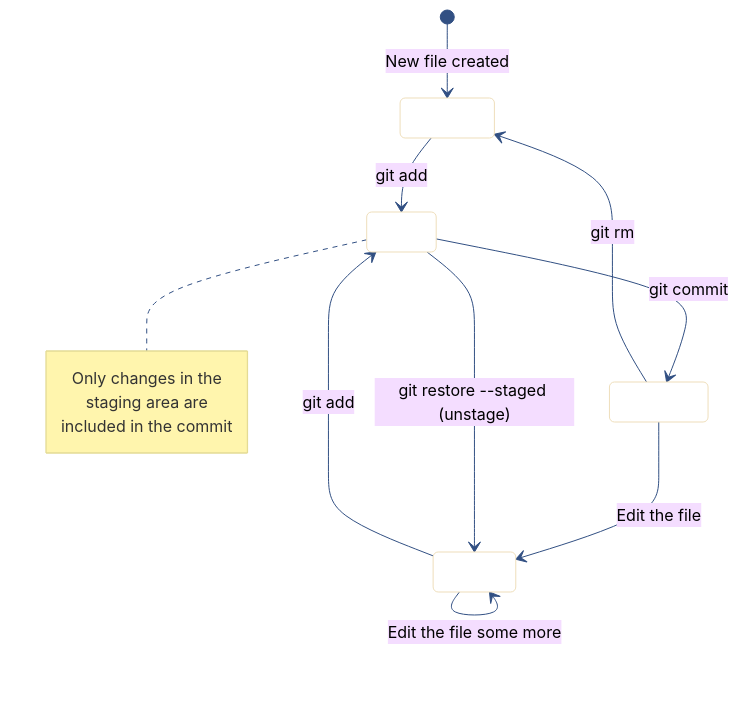
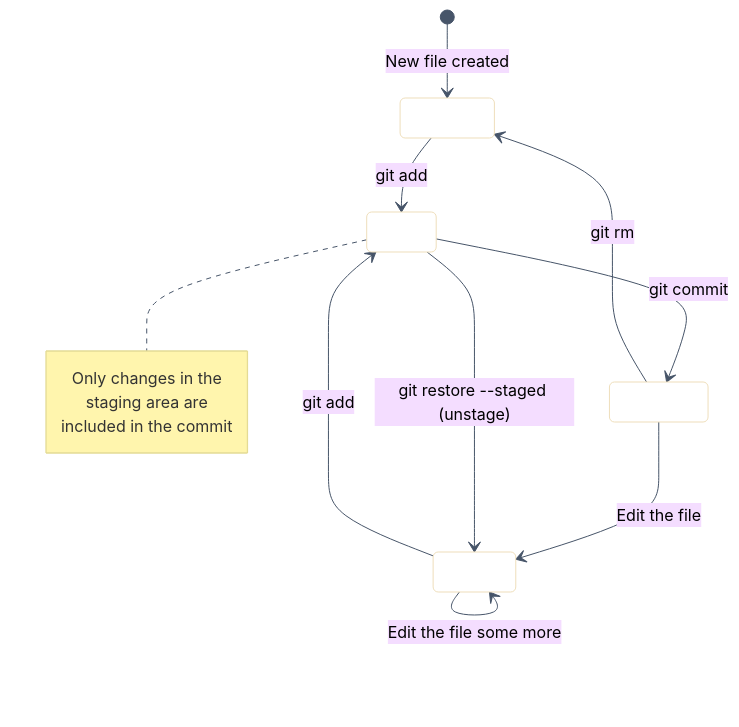
Before and after one commit to Ch3w3y/docker_gcp: the second of 6 diagrams in docs/git-fundamentals.md, drawn with Mermaid. The commit also changed other lines of this file and 12 other files, not shown here.

````diff
--- a/docs/git-fundamentals.md
+++ b/docs/git-fundamentals.md
@@ -71,27 +71,27 @@
 ```mermaid
 %%{init: {'theme': 'base', 'themeVariables': {
   'stateBkg': '#ffffff',
-  'stateBorder': '#325083',
+  'stateBorder': '#475569',
   'fontFamily': 'Inter, sans-serif',
   'primaryTextColor': '#000000',
-  'lineColor': '#325083'
+  'lineColor': '#475569'
 }}}%%
 stateDiagram-v2
     [*] --> Untracked: New file created
 
     Untracked --> Staged: git add
     Modified --> Staged: git add
     Staged --> Committed: git commit
 
     Committed --> Modified: Edit the file
     Staged --> Modified: git restore --staged (unstage)
     Modified --> Modified: Edit the file some more
 
     Committed --> Untracked: git rm
 
     note right of Staged
         Only changes in the
         staging area are
         included in the commit
     end note
 ```
````
